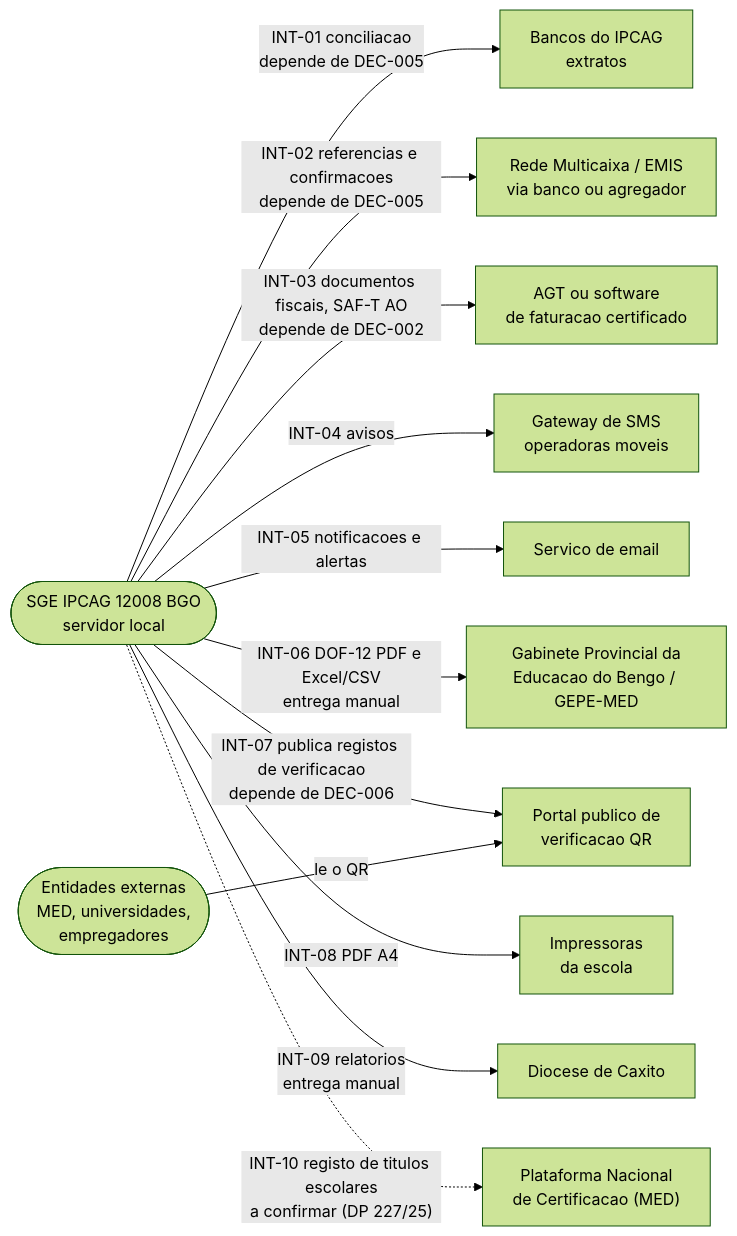
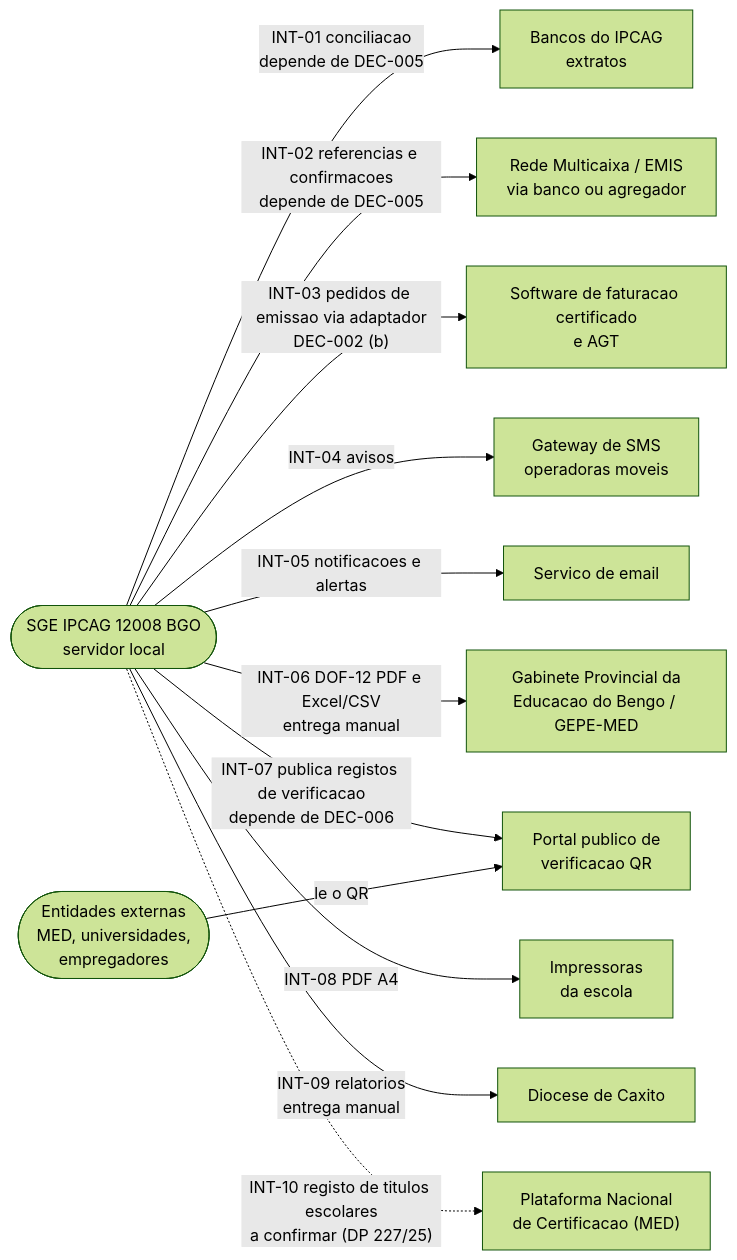
Before and after one commit to Angeloaqp/sge-ipcag-12008: the first of 5 diagrams in 01 - Projetos/SGE - IPCAG 12008 BGO/20 - Qualidade e Operacao/09 - Integracoes, Infraestrutura e Operacao.md, drawn with Mermaid (forest theme). The commit also changed other lines of this file and 11 other files, not shown here.

First line of the commit message:
VER-02 G1: aplicar a DEC-002 (emissor fiscal via adaptador) em toda a especificação

````diff
--- a/01 - Projetos/SGE - IPCAG 12008 BGO/20 - Qualidade e Operacao/09 - Integracoes, Infraestrutura e Operacao.md
+++ b/01 - Projetos/SGE - IPCAG 12008 BGO/20 - Qualidade e Operacao/09 - Integracoes, Infraestrutura e Operacao.md
@@ -73,15 +73,15 @@
 ```mermaid
 flowchart LR
     SGE(["SGE IPCAG 12008 BGO<br>servidor local"])
     SGE -->|"INT-01 conciliacao<br>depende de DEC-005"| BANCO["Bancos do IPCAG<br>extratos"]
     SGE -->|"INT-02 referencias e confirmacoes<br>depende de DEC-005"| PAG["Rede Multicaixa / EMIS<br>via banco ou agregador"]
-    SGE -->|"INT-03 documentos fiscais, SAF-T AO<br>depende de DEC-002"| AGT["AGT ou software<br>de faturacao certificado"]
+    SGE -->|"INT-03 pedidos de emissao via adaptador<br>DEC-002 (b)"| AGT["Software de faturacao certificado<br>e AGT"]
     SGE -->|"INT-04 avisos"| SMS["Gateway de SMS<br>operadoras moveis"]
     SGE -->|"INT-05 notificacoes e alertas"| MAIL["Servico de email"]
     SGE -->|"INT-06 DOF-12 PDF e Excel/CSV<br>entrega manual"| GEPE["Gabinete Provincial da<br>Educacao do Bengo / GEPE-MED"]
     SGE -->|"INT-07 publica registos de verificacao<br>depende de DEC-006"| QR["Portal publico de<br>verificacao QR"]
     EXT(["Entidades externas<br>MED, universidades,<br>empregadores"]) -->|"le o QR"| QR
     SGE -->|"INT-08 PDF A4"| IMPR["Impressoras<br>da escola"]
     SGE -->|"INT-09 relatorios<br>entrega manual"| DIO["Diocese de Caxito"]
     SGE -.->|"INT-10 registo de titulos escolares<br>a confirmar (DP 227/25)"| PNC["Plataforma Nacional<br>de Certificacao (MED)"]
 ```
````
